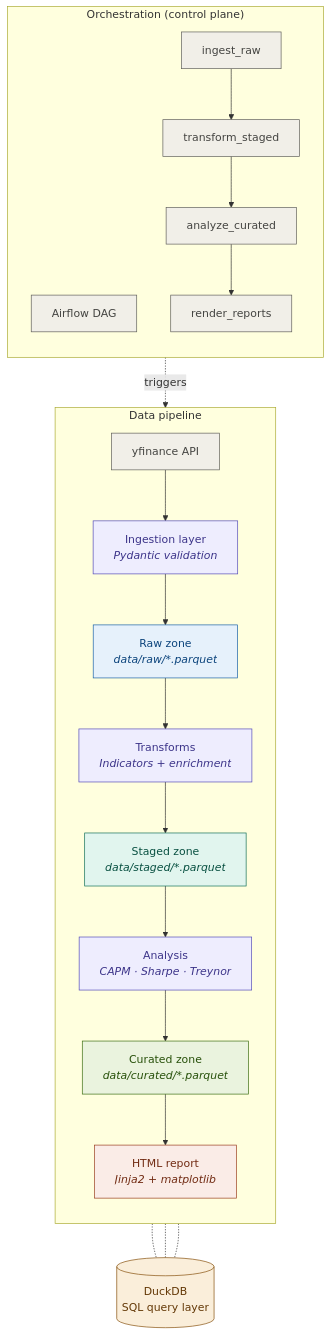
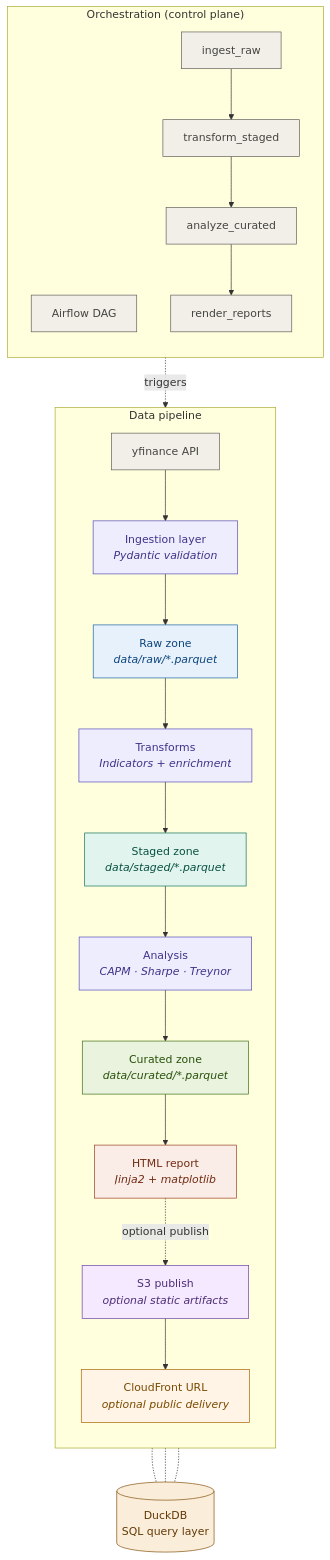
The diagram in README.md (shervin-taheripour/finance-data-platform), drawn with Mermaid before and after one commit. The commit also changed other lines of this file and 16 other files, not shown here.

Commit message:
add optional AWS S3 and CloudFront report publishing

````diff
--- a/README.md
+++ b/README.md
@@ -25,45 +26,50 @@
 ```mermaid
 flowchart TB
     subgraph src ["Data pipeline"]
         direction TB
         API["yfinance API"]
         ING["Ingestion layer\n<i>Pydantic validation</i>"]
         RAW["Raw zone\n<i>data/raw/*.parquet</i>"]
         TRN["Transforms\n<i>Indicators + enrichment</i>"]
         STG["Staged zone\n<i>data/staged/*.parquet</i>"]
         ANA["Analysis\n<i>CAPM · Sharpe · Treynor</i>"]
         CUR["Curated zone\n<i>data/curated/*.parquet</i>"]
         RPT["HTML report\n<i>Jinja2 + matplotlib</i>"]
+        S3["S3 publish\n<i>optional static artifacts</i>"]
+        CDN["CloudFront URL\n<i>optional public delivery</i>"]
 
         API --> ING --> RAW --> TRN --> STG --> ANA --> CUR --> RPT
+        RPT -. optional publish .-> S3 --> CDN
     end
 
     subgraph orch ["Orchestration (control plane)"]
         direction TB
         AF["Airflow DAG"]
         T1["ingest_raw"] --> T2["transform_staged"] --> T3["analyze_curated"] --> T4["render_reports"]
     end
 
     DDB[("DuckDB\nSQL query layer")]
 
     RAW -.- DDB
     STG -.- DDB
     CUR -.- DDB
 
     AF -.->|triggers| ING
 
     style RAW fill:#E6F1FB,stroke:#185FA5,color:#0C447C
     style STG fill:#E1F5EE,stroke:#0F6E56,color:#085041
     style CUR fill:#EAF3DE,stroke:#3B6D11,color:#27500A
     style ING fill:#EEEDFE,stroke:#534AB7,color:#3C3489
     style TRN fill:#EEEDFE,stroke:#534AB7,color:#3C3489
     style ANA fill:#EEEDFE,stroke:#534AB7,color:#3C3489
     style DDB fill:#FAEEDA,stroke:#854F0B,color:#633806
     style API fill:#F1EFE8,stroke:#5F5E5A,color:#444441
     style RPT fill:#FAECE7,stroke:#993C1D,color:#712B13
+    style S3 fill:#F4E9FF,stroke:#6B3FA0,color:#4E2D76
+    style CDN fill:#FFF4E5,stroke:#A66300,color:#7A4A00
     style AF fill:#F1EFE8,stroke:#5F5E5A,color:#444441
     style T1 fill:#F1EFE8,stroke:#5F5E5A,color:#444441
     style T2 fill:#F1EFE8,stroke:#5F5E5A,color:#444441
     style T3 fill:#F1EFE8,stroke:#5F5E5A,color:#444441
     style T4 fill:#F1EFE8,stroke:#5F5E5A,color:#444441
 ```
````
